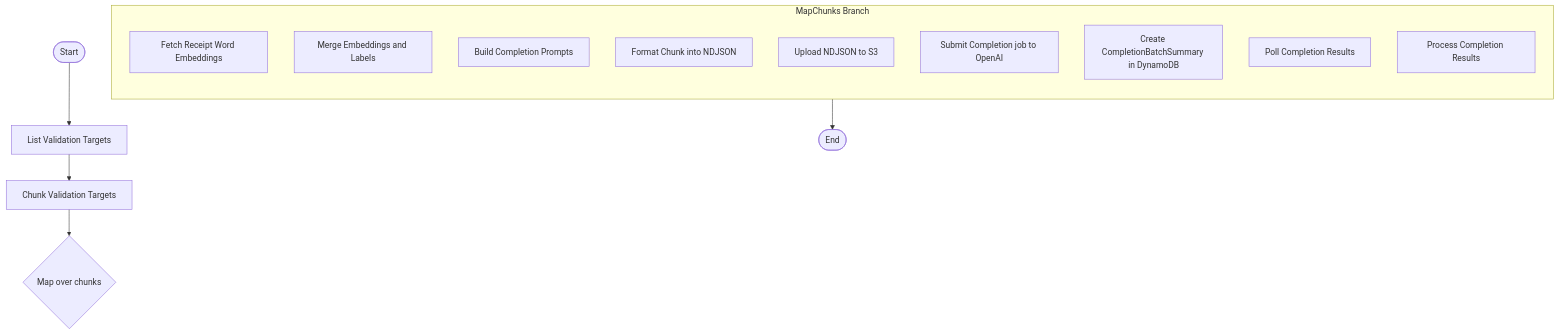
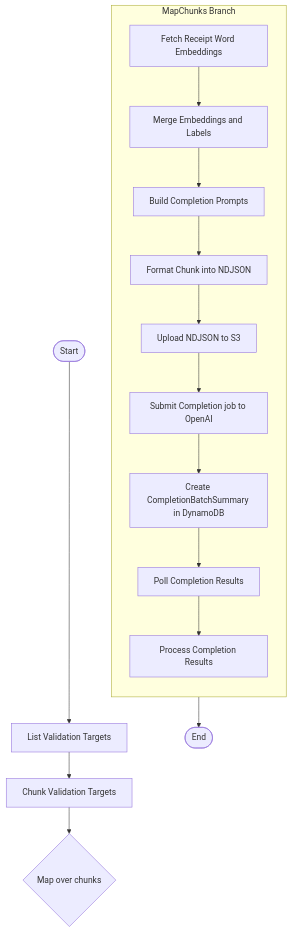
One commit to tnorlund/Portfolio changed the diagram in receipt_label/receipt_label/submit_completion/README.md. Above: the diagram before and after it, drawn with Mermaid.

````diff
--- a/receipt_label/receipt_label/submit_completion/README.md
+++ b/receipt_label/receipt_label/submit_completion/README.md
@@ -69,21 +69,20 @@
 ```mermaid
 flowchart TB
     Start([Start]) --> ListValidationTargets["List Validation Targets"]
     ListValidationTargets --> ChunkTargets["Chunk Validation Targets"]
     ChunkTargets --> MapChunks{"Map over chunks"}
 
     subgraph MapChunks Branch
         direction TB
-        FetchEmbeddings["Fetch Receipt Word Embeddings"]
-        JoinEmbeddingsAndLabels["Merge Embeddings and Labels"]
-        BuildPrompts["Build Completion Prompts"]
-        FormatChunk["Format Chunk into NDJSON"]
-        UploadChunk["Upload NDJSON to S3"]
-        SubmitCompletionJob["Submit Completion job to OpenAI"]
-        CreateCompletionBatchSummary["Create CompletionBatchSummary in DynamoDB"]
-        PollResults["Poll Completion Results"]
-        ProcessResults["Process Completion Results"]
+        FetchEmbeddings["Fetch Receipt Word Embeddings"] --> JoinEmbeddingsAndLabels["Merge Embeddings and Labels"]
+        JoinEmbeddingsAndLabels --> BuildPrompts["Build Completion Prompts"]
+        BuildPrompts --> FormatChunk["Format Chunk into NDJSON"]
+        FormatChunk --> UploadChunk["Upload NDJSON to S3"]
+        UploadChunk --> SubmitCompletionJob["Submit Completion job to OpenAI"]
+        SubmitCompletionJob --> CreateCompletionBatchSummary["Create CompletionBatchSummary in DynamoDB"]
+        CreateCompletionBatchSummary --> PollResults["Poll Completion Results"]
+        PollResults --> ProcessResults["Process Completion Results"]
     end
 
     ProcessResults --> End([End])
 ```
````
